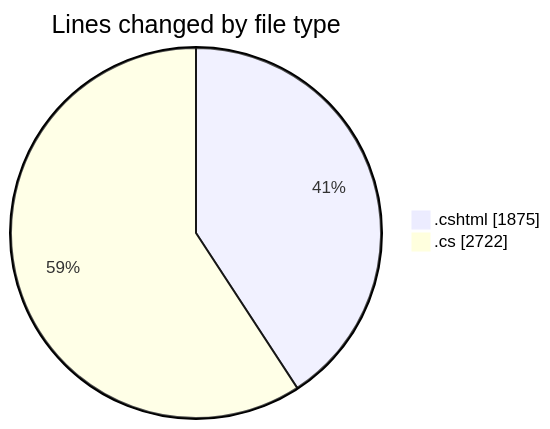
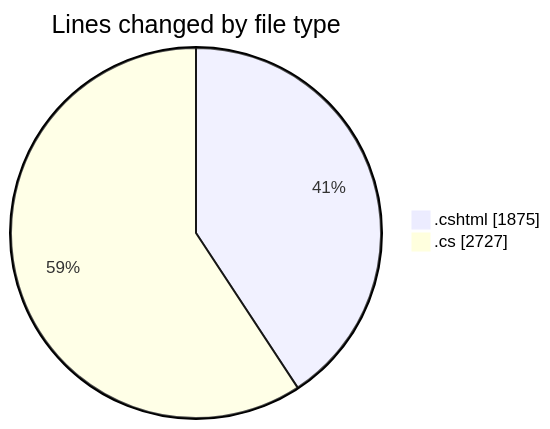
One commit to lephambinh05/code-tracking changed the first of 2 diagrams in 2025-07-17/nhahang/README.md. Above: the diagram before and after it, drawn with Mermaid. The commit also changed other lines of this file and 1 other file, not shown here.

````diff
--- a/2025-07-17/nhahang/README.md
+++ b/2025-07-17/nhahang/README.md
@@ -67,6 +67,6 @@
 ```mermaid
 pie showData
 title Lines changed by file type
 ".cshtml" : 1875
-".cs" : 2722
+".cs" : 2727
 ```
````
